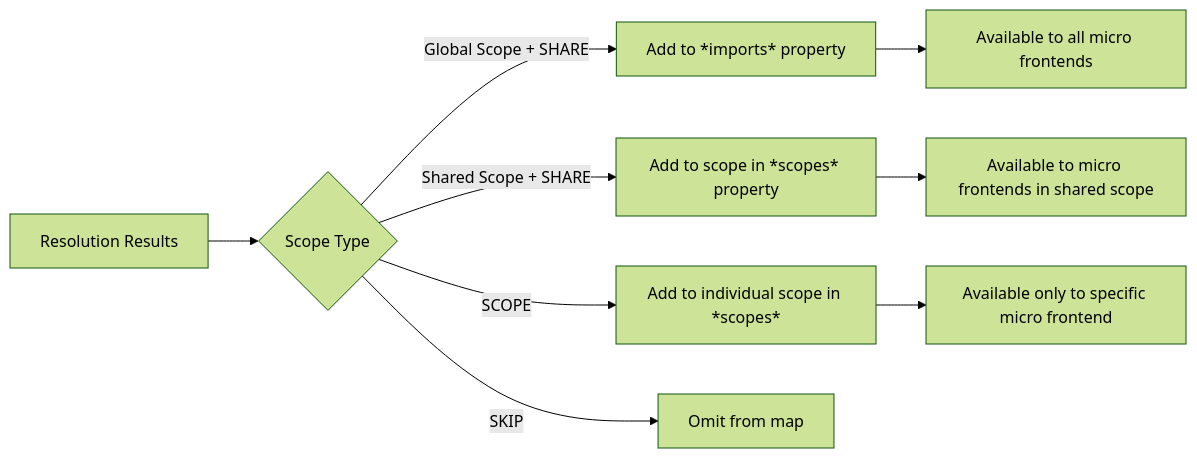
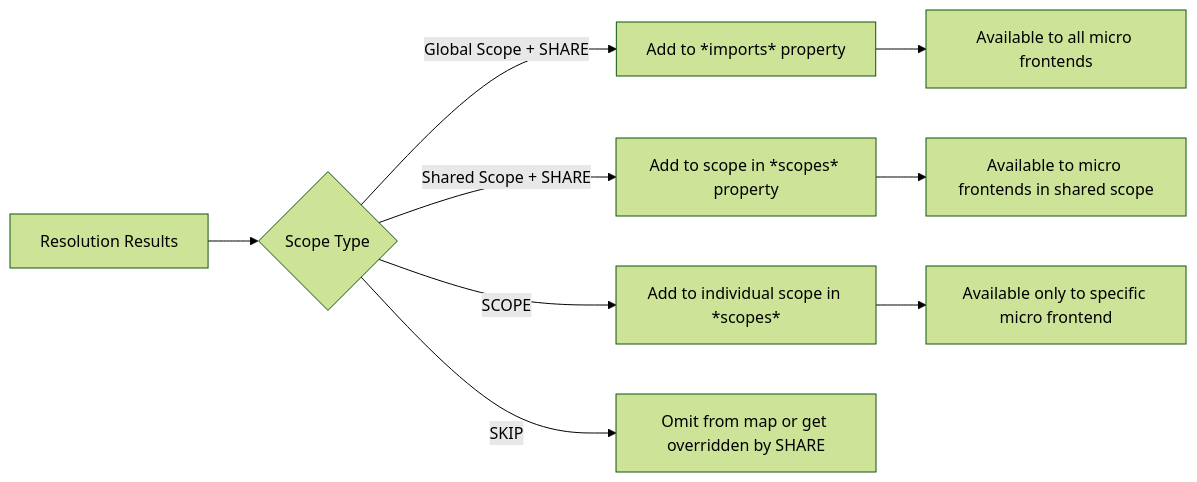
Before and after one commit to topicusonderwijs/vanilla-native-federation: the third of 6 diagrams in docs/version-resolver.md, drawn with Mermaid (forest theme). The commit also changed other lines of this file, not shown here.

````diff
--- a/docs/version-resolver.md
+++ b/docs/version-resolver.md
@@ -224,12 +230,12 @@
 ```mermaid
 flowchart LR
     A[Resolution Results] --> B{Scope Type}
     B -->|Global Scope + SHARE| C[Add to *imports* property]
     B -->|Shared Scope + SHARE| D[Add to scope in *scopes* property]
     B -->|SCOPE| E[Add to individual scope in *scopes*]
-    B -->|SKIP| F[Omit from map]
+    B -->|SKIP| F[Omit from map or get overridden by SHARE]
     
     C --> G[Available to all micro frontends]
     D --> H[Available to micro frontends in shared scope]
     E --> I[Available only to specific micro frontend]
 ```
````
